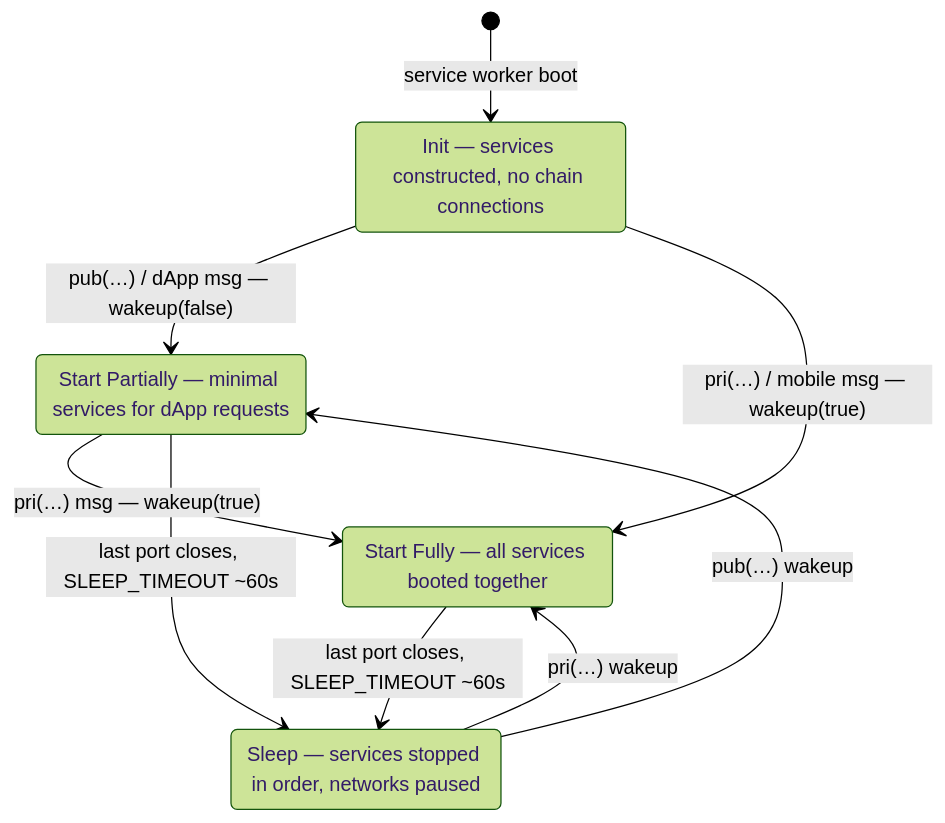
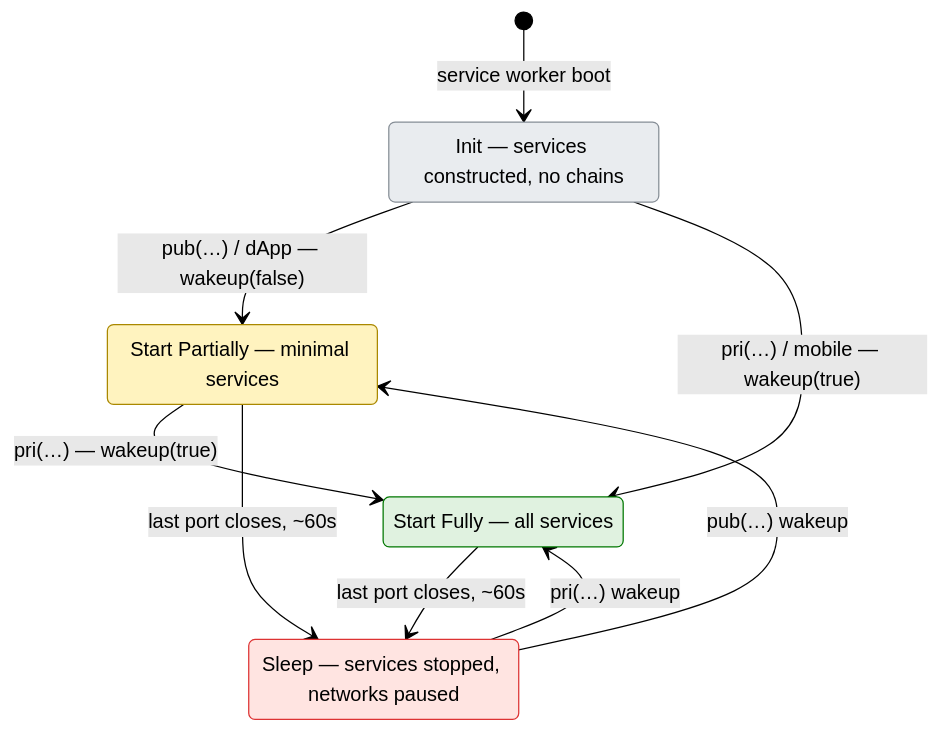
The third of 3 diagrams in docs/ARCHITECTURE.md (Koniverse/SubWallet-Extension), drawn with Mermaid (forest theme) before and after one commit. The commit also changed other lines of this file and 1 other file, not shown here.

First line of the commit message:
docs: a3-arch + a2-prd — color Mermaid diagrams; fold FRs into epic tables

````diff
--- a/docs/ARCHITECTURE.md
+++ b/docs/ARCHITECTURE.md
@@ -130,15 +148,23 @@
 ```mermaid
 stateDiagram-v2
     [*] --> Init: service worker boot
-    Init --> StartPartially: pub(…) / dApp msg — wakeup(false)
-    Init --> StartFully: pri(…) / mobile msg — wakeup(true)
-    StartPartially --> StartFully: pri(…) msg — wakeup(true)
-    StartFully --> Sleep: last port closes, SLEEP_TIMEOUT ~60s
-    StartPartially --> Sleep: last port closes, SLEEP_TIMEOUT ~60s
+    Init --> StartPartially: pub(…) / dApp — wakeup(false)
+    Init --> StartFully: pri(…) / mobile — wakeup(true)
+    StartPartially --> StartFully: pri(…) — wakeup(true)
+    StartFully --> Sleep: last port closes, ~60s
+    StartPartially --> Sleep: last port closes, ~60s
     Sleep --> StartPartially: pub(…) wakeup
     Sleep --> StartFully: pri(…) wakeup
-    Init: Init — services constructed, no chain connections
-    StartPartially: Start Partially — minimal services for dApp requests
-    StartFully: Start Fully — all services booted together
-    Sleep: Sleep — services stopped in order, networks paused
+    Init: Init — services constructed, no chains
+    StartPartially: Start Partially — minimal services
+    StartFully: Start Fully — all services
+    Sleep: Sleep — services stopped, networks paused
+    classDef init fill:#e9ecef,stroke:#868e96,color:#000
+    classDef partial fill:#fff3bf,stroke:#a80,color:#000
+    classDef full fill:#e0f2e0,stroke:#070,color:#000
+    classDef sleep fill:#ffe4e1,stroke:#d33,color:#000
+    class Init init
+    class StartPartially partial
+    class StartFully full
+    class Sleep sleep
 ```
````
